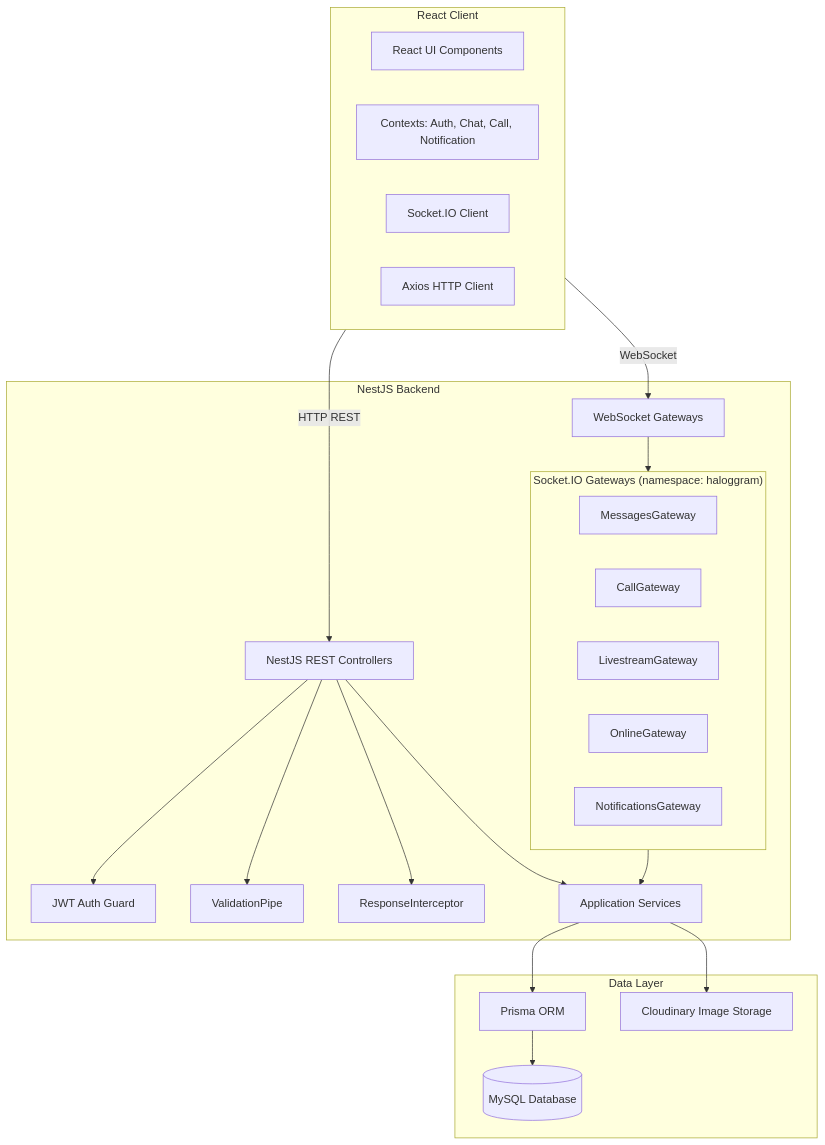
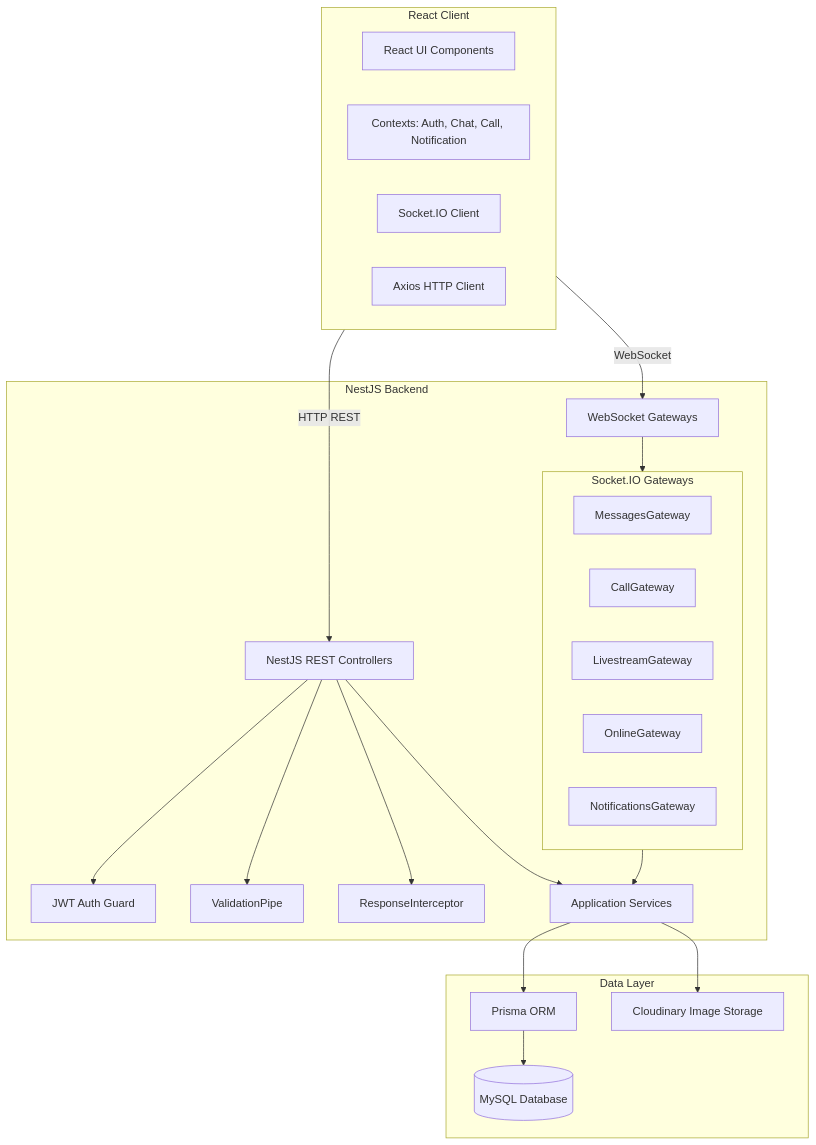
One commit to LeNguyenTatThang/Halogram changed the first of 15 diagrams in README.md. Above: the diagram before and after it, drawn with Mermaid. The commit also changed other lines of this file, not shown here.

First line of the commit message:
fix: repair all Mermaid diagrams for GitHub render compatibility

````diff
--- a/README.md
+++ b/README.md
@@ -362,43 +362,43 @@
 ```mermaid
 flowchart TB
     subgraph Client["React Client"]
-        UI[React UI Components]
-        CTX[Contexts: Auth, Chat, Call, Notification]
-        SOCK[Socket.IO Client]
-        API_CLIENT[Axios HTTP Client]
+        UI["React UI Components"]
+        CTX["Contexts: Auth, Chat, Call, Notification"]
+        SOCK["Socket.IO Client"]
+        API_CLIENT["Axios HTTP Client"]
     end
 
     subgraph Server["NestJS Backend"]
-        REST[NestJS REST Controllers]
-        WS[WebSocket Gateways]
-        subgraph Gateways["Socket.IO Gateways (namespace: haloggram)"]
-            MG[MessagesGateway]
-            CG[CallGateway]
-            LG[LivestreamGateway]
-            OG[OnlineGateway]
-            NG[NotificationsGateway]
+        REST["NestJS REST Controllers"]
+        WS["WebSocket Gateways"]
+        subgraph Gateways["Socket.IO Gateways"]
+            MG["MessagesGateway"]
+            CG["CallGateway"]
+            LG["LivestreamGateway"]
+            OG["OnlineGateway"]
+            NG["NotificationsGateway"]
         end
-        GUARD[JWT Auth Guard]
-        VAL[ValidationPipe]
-        INTER[ResponseInterceptor]
-        SVC[Application Services]
+        GUARD["JWT Auth Guard"]
+        VAL["ValidationPipe"]
+        INTER["ResponseInterceptor"]
+        SVC["Application Services"]
     end
 
     subgraph Data["Data Layer"]
-        PRISMA[Prisma ORM]
-        DB[(MySQL Database)]
-        CDN[Cloudinary Image Storage]
+        PRISMA["Prisma ORM"]
+        DB[("MySQL Database")]
+        CDN["Cloudinary Image Storage"]
     end
 
     Client -->|HTTP REST| REST
     Client -->|WebSocket| WS
     REST --> GUARD
     REST --> VAL
     REST --> INTER
     REST --> SVC
     WS --> Gateways
     Gateways --> SVC
     SVC --> PRISMA
     PRISMA --> DB
     SVC --> CDN
 ```
````
